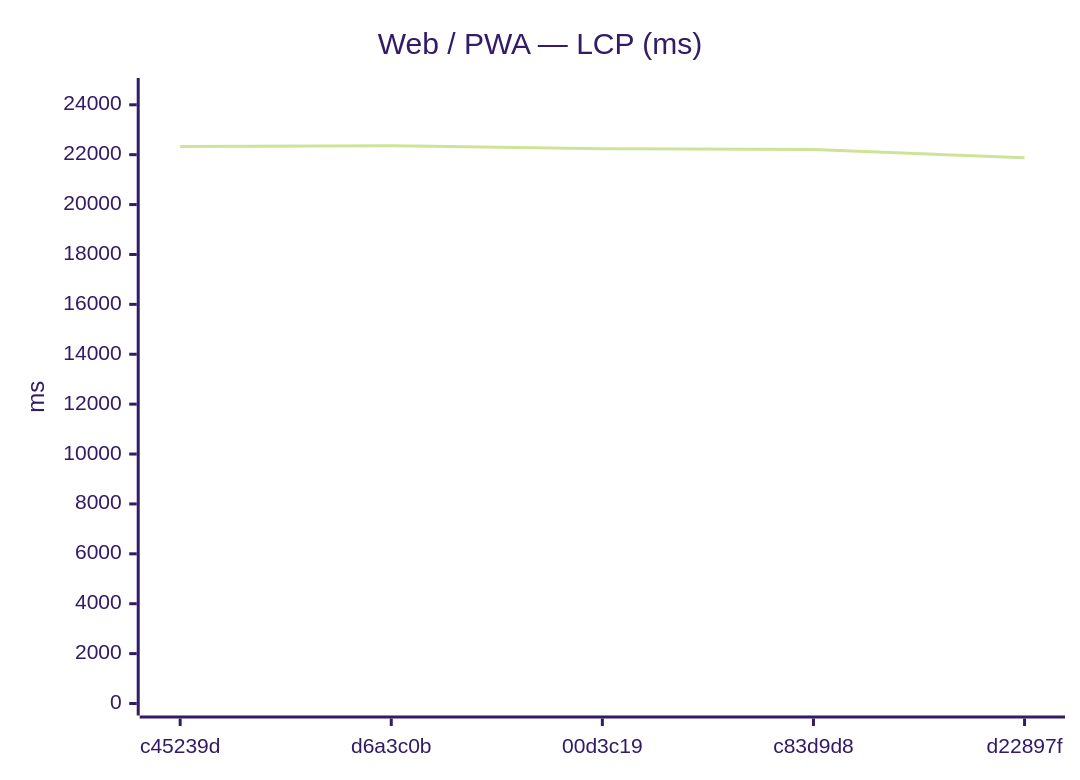
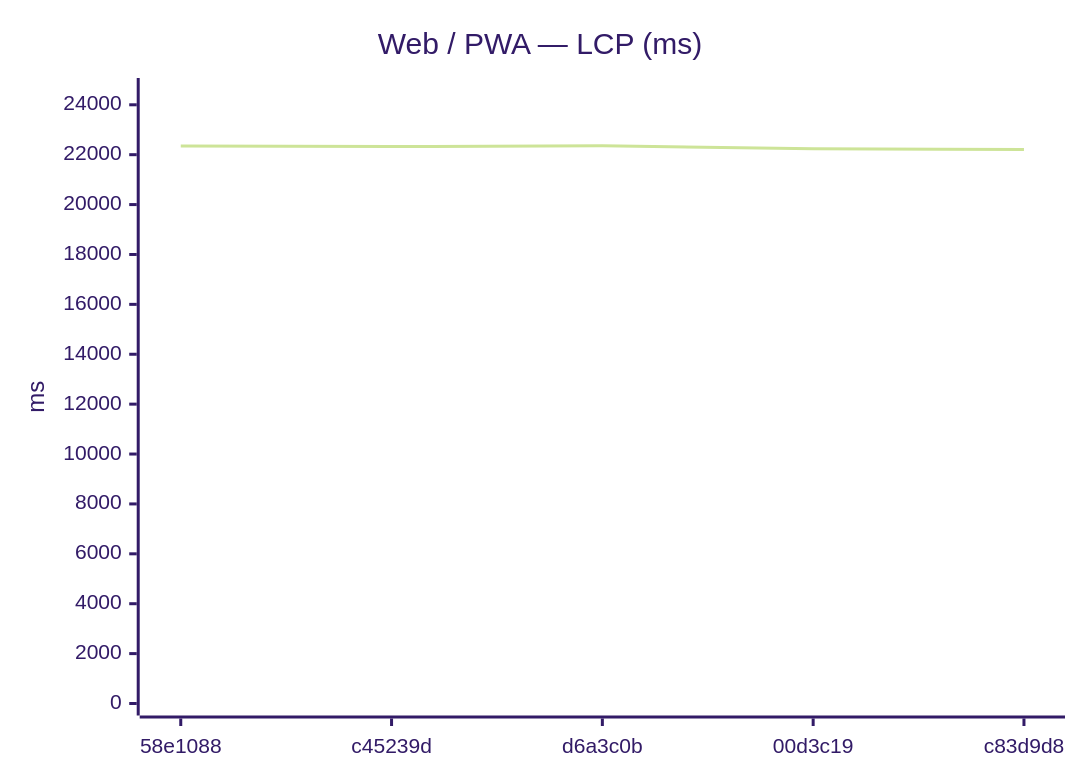
One commit to Metaheurist/Rianell changed the seventh of 18 diagrams in benchmarks/compare.md. Above: the diagram before and after it, drawn with Mermaid (forest theme). The commit also changed other lines of this file and 11 other files, not shown here.

````diff
--- a/benchmarks/compare.md
+++ b/benchmarks/compare.md
@@ -117,7 +117,7 @@
 ```mermaid
 xychart-beta
     title "Web / PWA — LCP (ms)"
-    x-axis ["c45239d", "d6a3c0b", "00d3c19", "c83d9d8", "d22897f"]
+    x-axis ["58e1088", "c45239d", "d6a3c0b", "00d3c19", "c83d9d8"]
     y-axis "ms" 0 --> 24593
-    line [22326, 22357, 22240, 22209, 21878]
+    line [22351, 22326, 22357, 22240, 22209]
 ```
````
